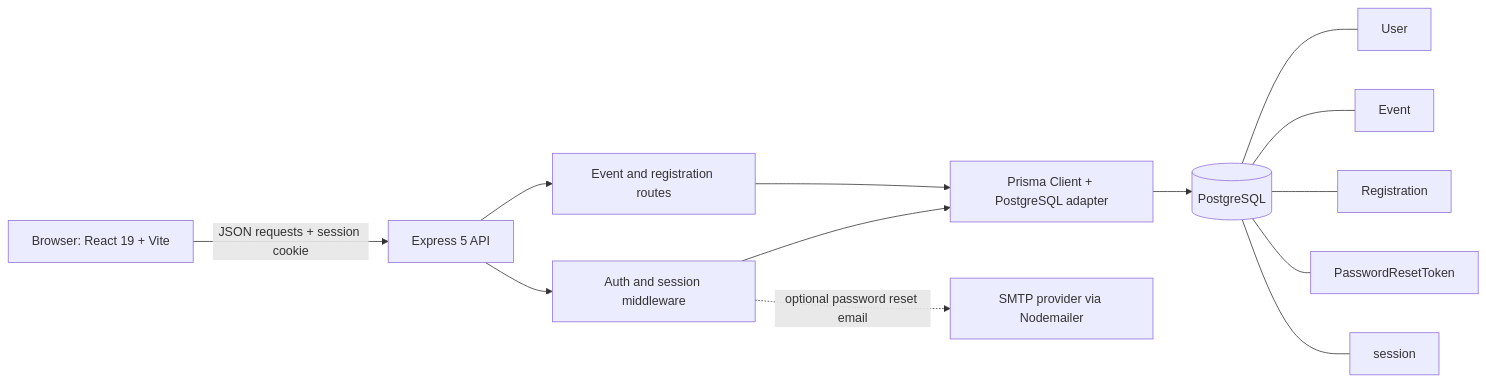
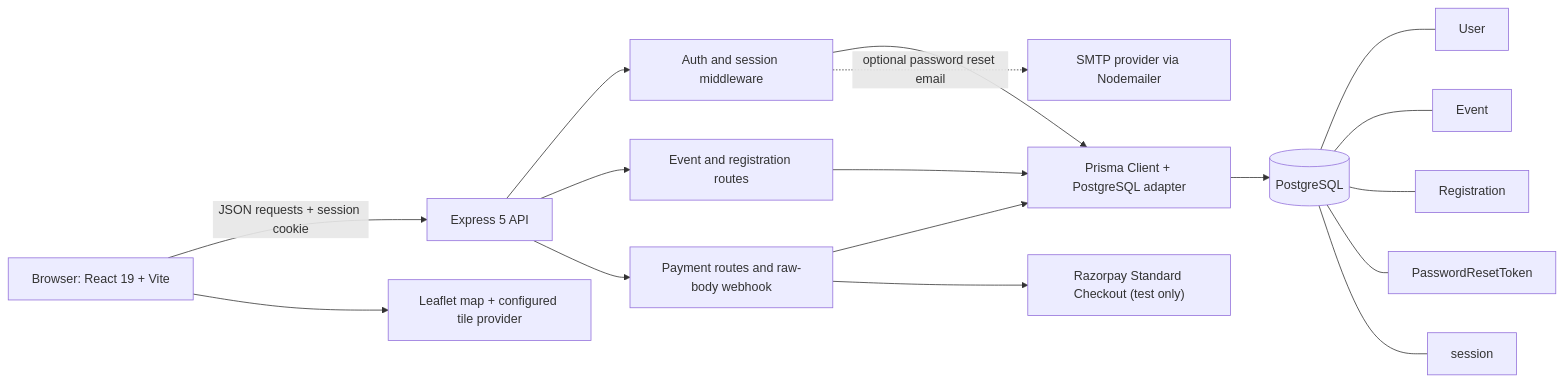
One commit to QaziHasnain/campusconnect changed the first of 2 diagrams in docs/architecture.md. Above: the diagram before and after it, drawn with Mermaid. The commit also changed other lines of this file and 69 other files, not shown here.

````diff
--- a/docs/architecture.md
+++ b/docs/architecture.md
@@ -7,15 +7,19 @@
 ```mermaid
 flowchart LR
   Browser["Browser: React 19 + Vite"] -->|"JSON requests + session cookie"| API["Express 5 API"]
   API --> Auth["Auth and session middleware"]
   API --> Events["Event and registration routes"]
+  API --> Payments["Payment routes and raw-body webhook"]
   Auth --> Prisma["Prisma Client + PostgreSQL adapter"]
   Events --> Prisma
+  Payments --> Prisma
+  Payments --> Razorpay["Razorpay Standard Checkout (test only)"]
+  Browser --> Leaflet["Leaflet map + configured tile provider"]
   Prisma --> DB[("PostgreSQL")]
   Auth -. "optional password reset email" .-> SMTP["SMTP provider via Nodemailer"]
   DB --- Users["User"]
   DB --- Event["Event"]
   DB --- Registration["Registration"]
   DB --- ResetToken["PasswordResetToken"]
   DB --- Session["session"]
 ```
````
